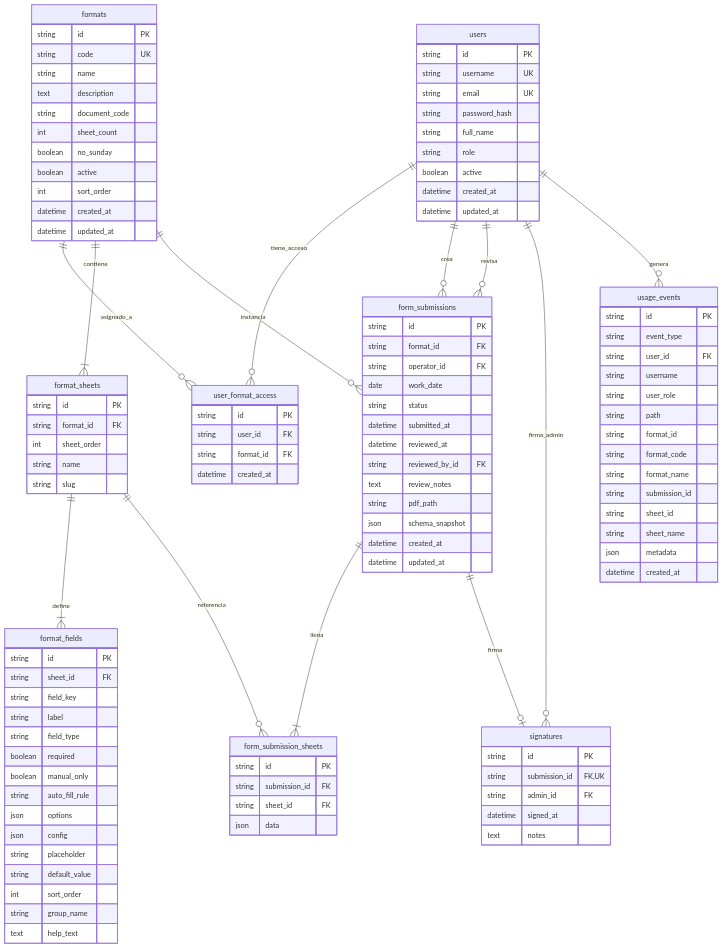
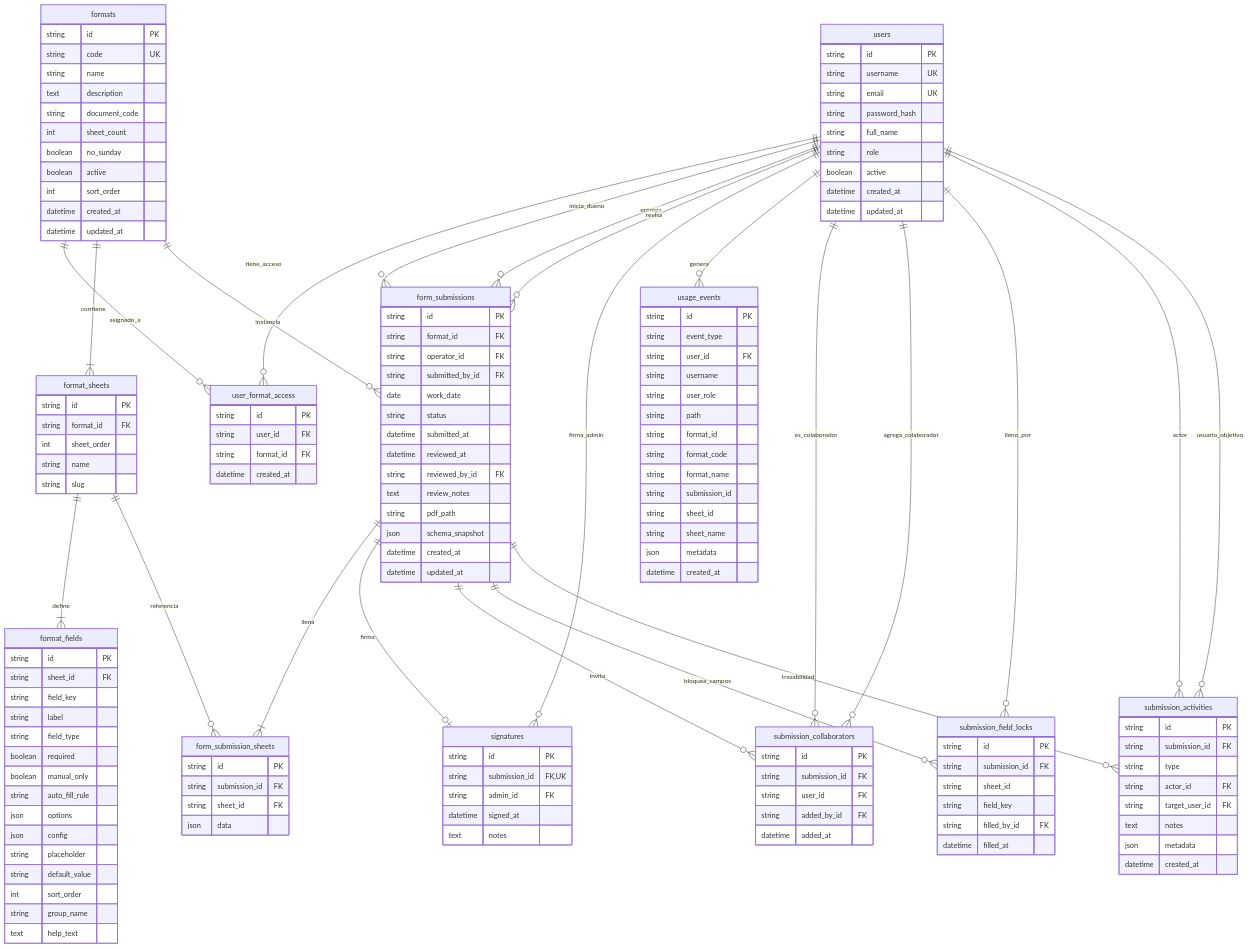
One commit to desarrollotecnologia/Colbeef-Ops changed the diagram in docs/diagrama-uml-base-datos.md. Above: the diagram before and after it, drawn with Mermaid. The commit also changed other lines of this file and 6 other files, not shown here.

```diff
--- a/docs/diagrama-uml-base-datos.md
+++ b/docs/diagrama-uml-base-datos.md
@@ -12,13 +14,22 @@
   formats ||--|{ format_sheets : contiene
   format_sheets ||--|{ format_fields : define
   formats ||--o{ form_submissions : instancia
-  users ||--o{ form_submissions : crea
+  users ||--o{ form_submissions : inicia_dueno
+  users ||--o{ form_submissions : entrega
   users ||--o{ form_submissions : revisa
   form_submissions ||--|{ form_submission_sheets : llena
   format_sheets ||--o{ form_submission_sheets : referencia
   form_submissions ||--o| signatures : firma
   users ||--o{ signatures : firma_admin
   users ||--o{ usage_events : genera
+  form_submissions ||--o{ submission_collaborators : invita
+  users ||--o{ submission_collaborators : es_colaborador
+  users ||--o{ submission_collaborators : agrega_colaborador
+  form_submissions ||--o{ submission_field_locks : bloquea_campos
+  users ||--o{ submission_field_locks : lleno_por
+  form_submissions ||--o{ submission_activities : trazabilidad
+  users ||--o{ submission_activities : actor
+  users ||--o{ submission_activities : usuario_objetivo
 
   users {
     string id PK
@@ -83,6 +94,7 @@
     string id PK
     string format_id FK
     string operator_id FK
+    string submitted_by_id FK
     date work_date
     string status
     datetime submitted_at
@@ -100,6 +112,34 @@
     string submission_id FK
     string sheet_id FK
     json data
+  }
+
+  submission_collaborators {
+    string id PK
+    string submission_id FK
+    string user_id FK
+    string added_by_id FK
+    datetime added_at
+  }
+
+  submission_field_locks {
+    string id PK
+    string submission_id FK
+    string sheet_id
+    string field_key
+    string filled_by_id FK
+    datetime filled_at
+  }
+
+  submission_activities {
+    string id PK
+    string submission_id FK
+    string type
+    string actor_id FK
+    string target_user_id FK
+    text notes
+    json metadata
+    datetime created_at
   }
 
   signatures {
```
